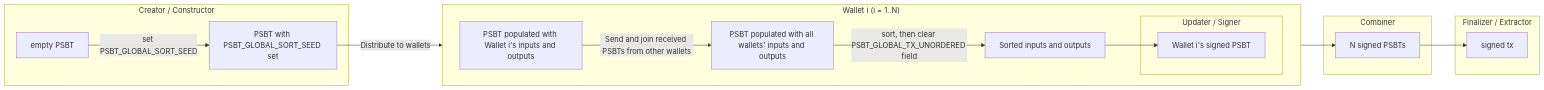
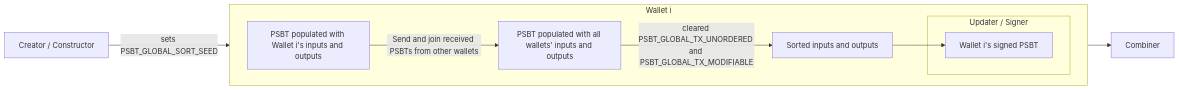
One commit to fungi-protocol/docs changed the diagram in psbt-concurrent.md. Above: the diagram before and after it, drawn with Mermaid. The commit also changed other lines of this file, not shown here.

Commit message:
fixup: rewrite diagram

````diff
--- a/psbt-concurrent.md
+++ b/psbt-concurrent.md
@@ -55,31 +55,18 @@
 ```mermaid
 flowchart LR
-    subgraph init ["Creator / Constructor"]
-        EMPTY[empty PSBT]
-        SEED[PSBT with PSBT_GLOBAL_SORT_SEED set]
-        EMPTY -->|set PSBT_GLOBAL_SORT_SEED| SEED
-    end
-    SEED -->|Distribute to wallets| Pop
+    CC[Creator / Constructor] -->|sets PSBT_GLOBAL_SORT_SEED| Pop
 
-    subgraph Wi ["Wallet i (i = 1..N)"]
+    subgraph Wi ["Wallet i"]
         direction LR
         Pop[PSBT populated with Wallet i's inputs and outputs]
         Pop -->|Send and join received PSBTs from other wallets| Join[PSBT populated with all wallets' inputs and outputs]
-        Join -->|sort, then clear PSBT_GLOBAL_TX_UNORDERED field| Clear[Sorted inputs and outputs]
+        Join -->|cleared PSBT_GLOBAL_TX_UNORDERED and PSBT_GLOBAL_TX_MODIFIABLE| Clear[Sorted inputs and outputs]
         subgraph us ["Updater / Signer"]
             SIG[Wallet i's signed PSBT]
         end
         Clear --> SIG
     end
 
-    subgraph combine ["Combiner"]
-        COMB[N signed PSBTs]
-    end
+    SIG --> OUT[Combiner]
 
-    subgraph finish ["Finalizer / Extractor"]
-        SIGNED[signed tx]
-    end
-
-    SIG --> COMB
-    COMB --> SIGNED
 ```
````
